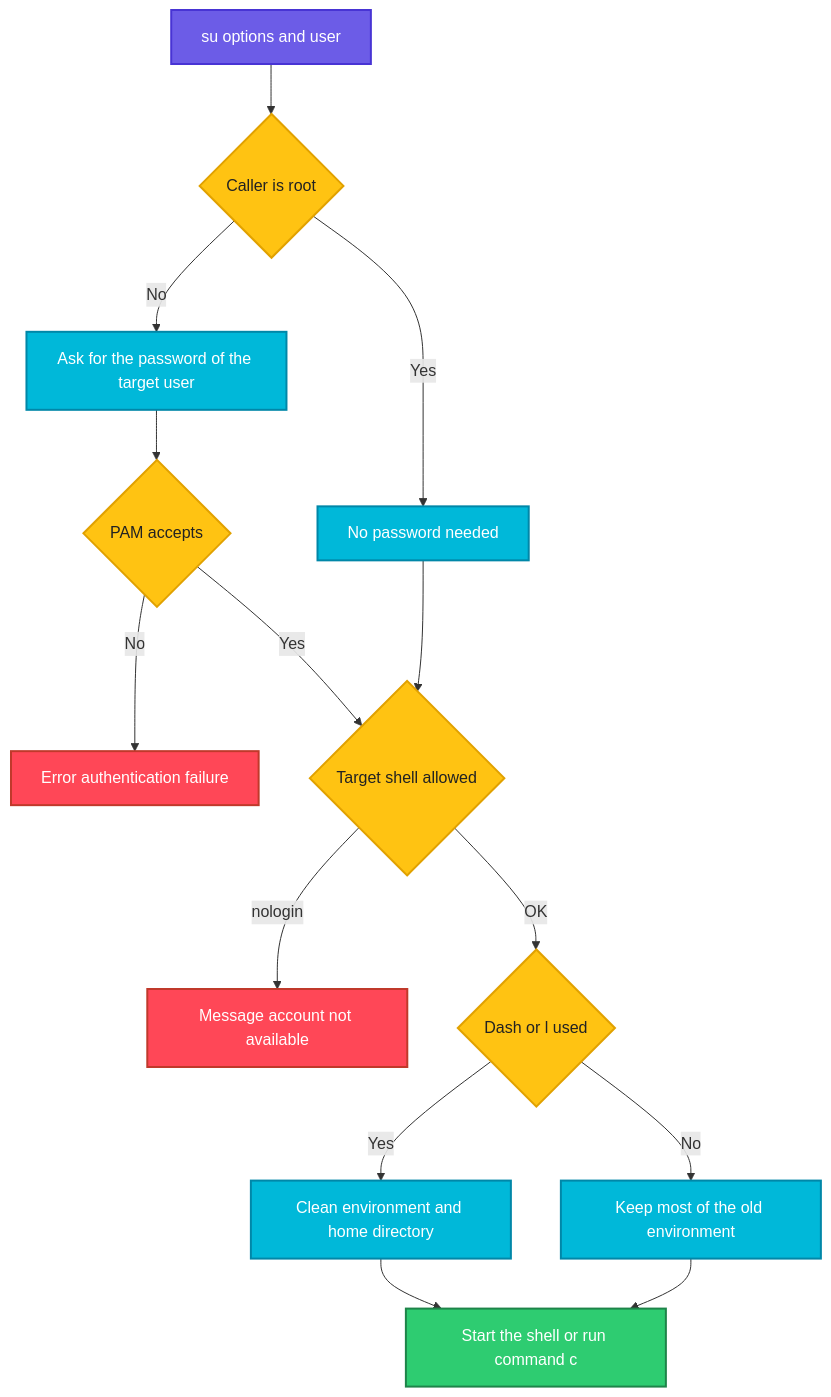
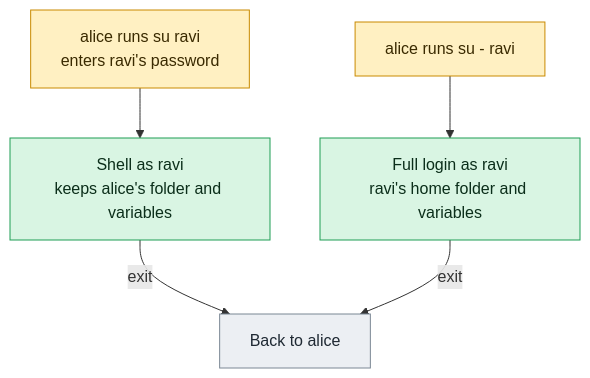
Before and after one commit to codeKerdosTech/DevOps-Documentation: the diagram in linux/user-management/su.md, drawn with Mermaid. The commit also changed other lines of this file and 165 other files, not shown here.

Commit message:
updated diagrams in linux

````diff
--- a/linux/user-management/su.md
+++ b/linux/user-management/su.md
@@ -29,28 +29,15 @@
 ```mermaid
 flowchart TD
-    A[su options and user] --> B{Caller is root}
-    B -->|Yes| C[No password needed]
-    B -->|No| D[Ask for the password of the target user]
-    D --> E{PAM accepts}
-    E -->|No| F[Error authentication failure]
-    E -->|Yes| G{Target shell allowed}
-    C --> G
-    G -->|nologin| H[Message account not available]
-    G -->|OK| I{Dash or l used}
-    I -->|Yes| J[Clean environment and home directory]
-    I -->|No| K[Keep most of the old environment]
-    J --> L[Start the shell or run command c]
-    K --> L
-    classDef start fill:#6C5CE7,stroke:#4834D4,stroke-width:2px,color:#fff
-    classDef proc fill:#00B8D9,stroke:#0087A8,stroke-width:2px,color:#fff
-    classDef dec fill:#FFC312,stroke:#E1A100,stroke-width:2px,color:#222
-    classDef ok fill:#2ECC71,stroke:#1E8449,stroke-width:2px,color:#fff
-    classDef err fill:#FF4757,stroke:#C0392B,stroke-width:2px,color:#fff
-    classDef out fill:#FD79A8,stroke:#E84393,stroke-width:2px,color:#fff
-    classDef alt fill:#FF9F43,stroke:#E67E22,stroke-width:2px,color:#fff
-    class A start
-    class B,E,G,I dec
-    class C,D,J,K proc
-    class F,H err
-    class L ok
+    c1[alice runs su ravi<br/>enters ravi's password] --> o1[Shell as ravi<br/>keeps alice's folder and variables]
+    c2[alice runs su - ravi] --> o2[Full login as ravi<br/>ravi's home folder and variables]
+    o1 -->|exit| n1[Back to alice]
+    o2 -->|exit| n1
+    classDef inp fill:#DCEBFF,stroke:#2F6FDE,color:#10213F
+    classDef cmd fill:#FFF0C2,stroke:#C98A00,color:#3A2A00
+    classDef out fill:#D9F5E3,stroke:#1F9D55,color:#0B2E1A
+    classDef bad fill:#FDE0E0,stroke:#D13B3B,color:#4A0F0F
+    classDef note fill:#ECEFF3,stroke:#7B8794,color:#1F2933
+    class c1,c2 cmd
+    class o1,o2 out
+    class n1 note
 ```
````
